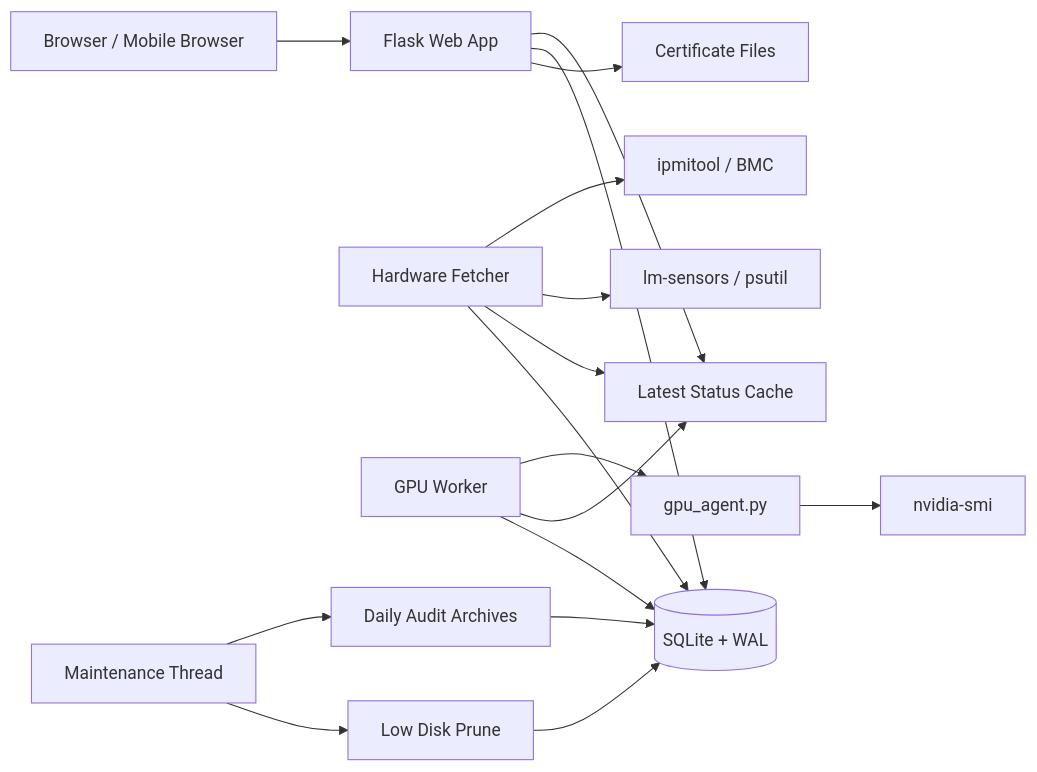
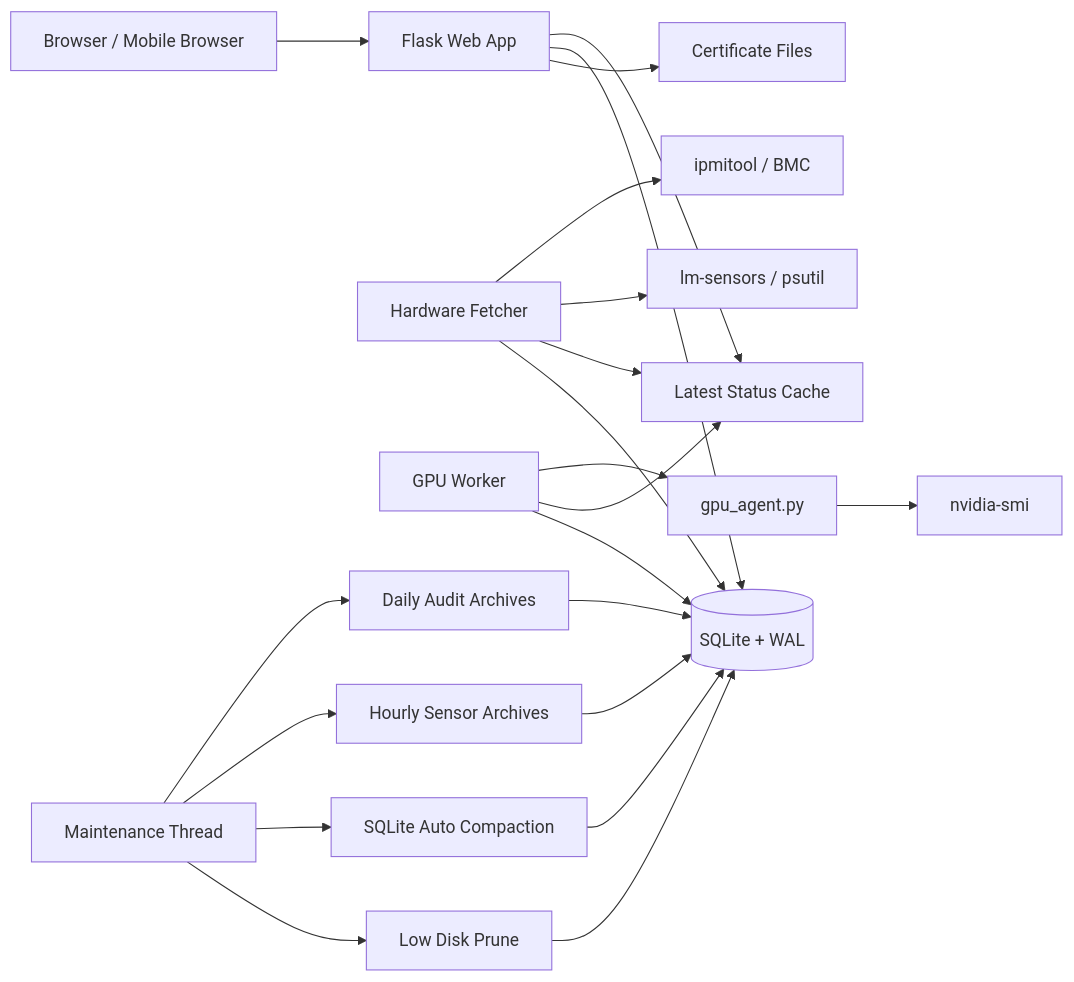
Before and after one commit to stlin256/IPMI_WEB: the third of 4 diagrams in README.md, drawn with Mermaid. The commit also changed other lines of this file and 5 other files, not shown here.

````diff
--- a/README.md
+++ b/README.md
@@ -277,22 +289,26 @@
 ```mermaid
 flowchart LR
     Browser["Browser / Mobile Browser"] --> Flask["Flask Web App"]
     Flask --> Cache["Latest Status Cache"]
     Flask --> DB[("SQLite + WAL")]
     Flask --> Cert["Certificate Files"]
 
     HW["Hardware Fetcher"] --> IPMI["ipmitool / BMC"]
     HW --> Sensors["lm-sensors / psutil"]
     HW --> Cache
     HW --> DB
 
     GPUWorker["GPU Worker"] --> GPUAgent["gpu_agent.py"]
     GPUAgent --> SMI["nvidia-smi"]
     GPUWorker --> Cache
     GPUWorker --> DB
 
     Maintenance["Maintenance Thread"] --> Archive["Daily Audit Archives"]
+    Maintenance --> SensorArchive["Hourly Sensor Archives"]
+    Maintenance --> Vacuum["SQLite Auto Compaction"]
     Maintenance --> Prune["Low Disk Prune"]
     Archive --> DB
+    SensorArchive --> DB
+    Vacuum --> DB
     Prune --> DB
 ```
````
